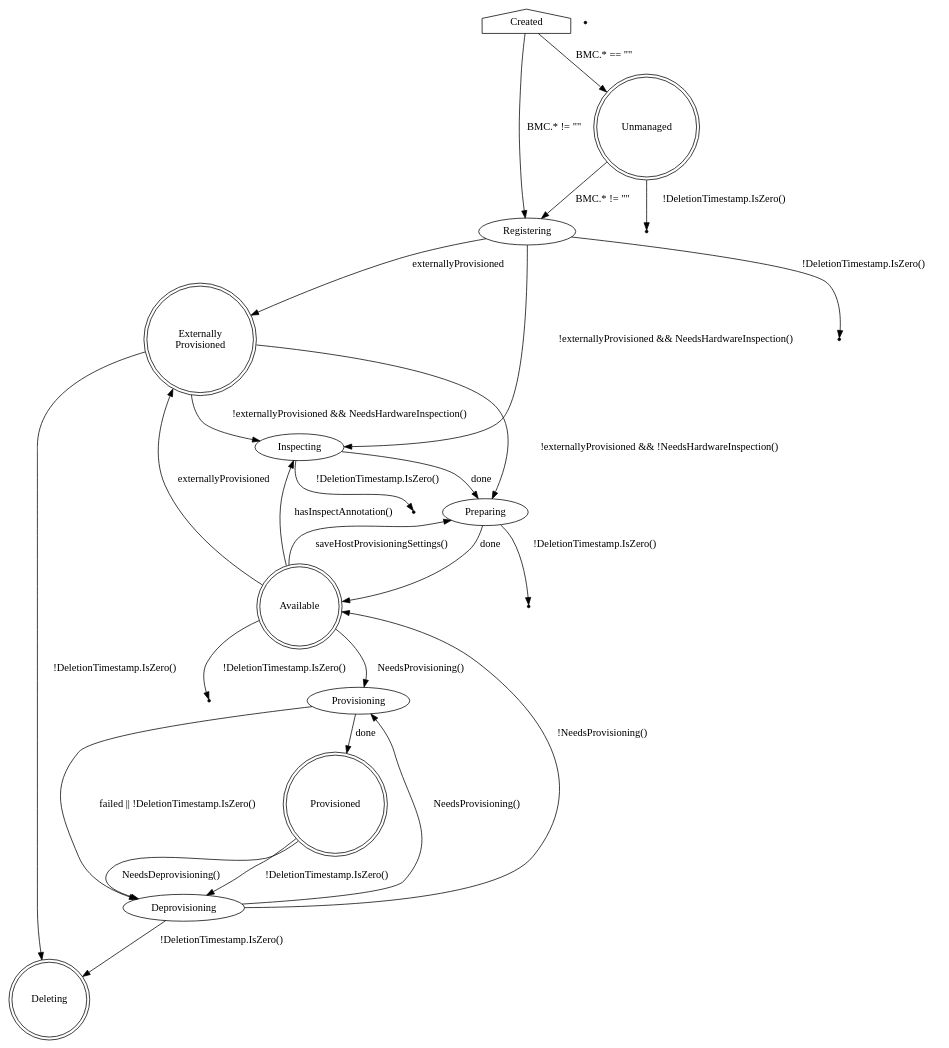
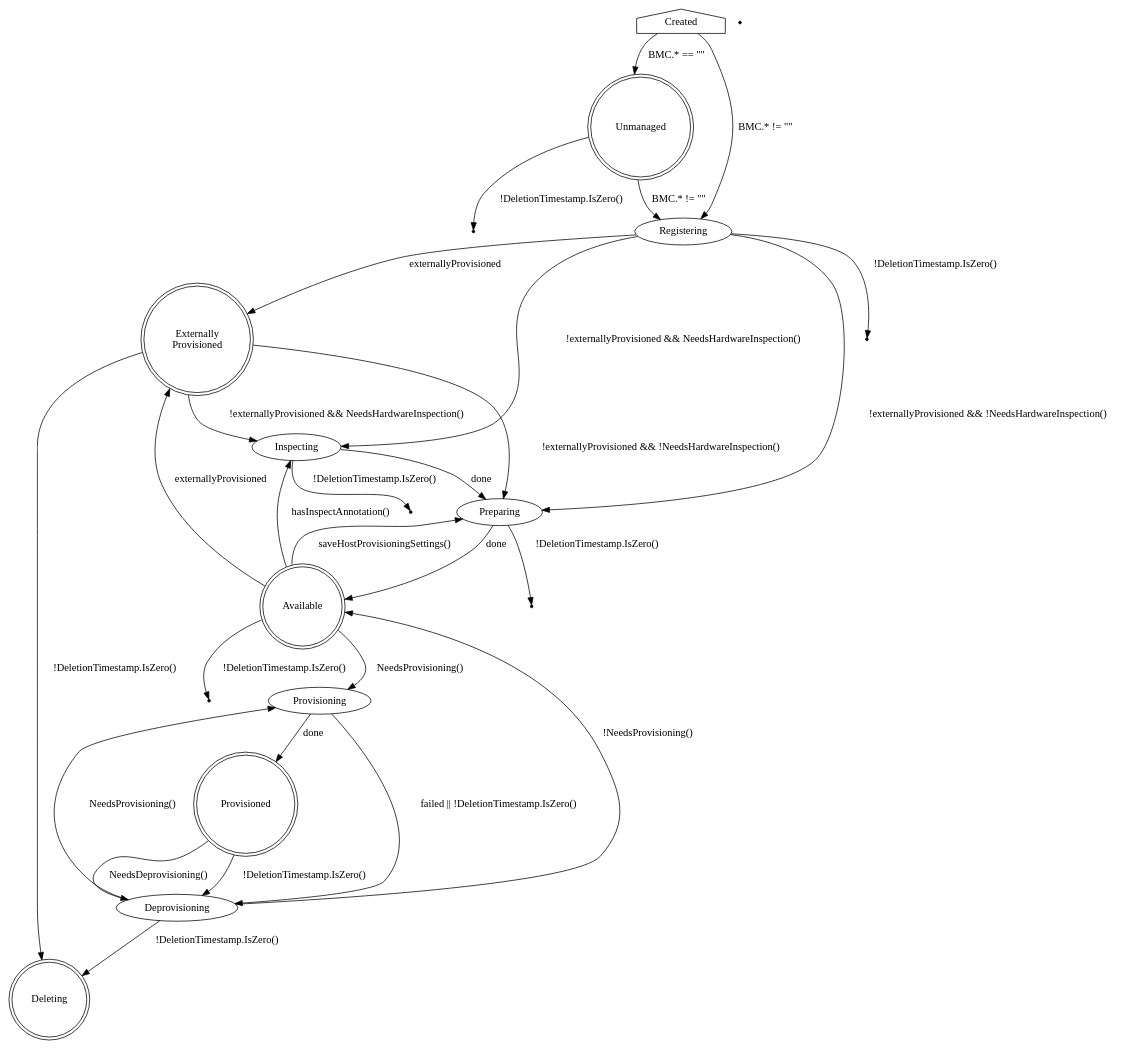
The diagram in docs/BaremetalHost_ProvisioningState.dot (metal3-io/baremetal-operator), drawn with Graphviz before and after one commit. The commit also changed 3 other files, not shown here.

```diff
--- a/docs/BaremetalHost_ProvisioningState.dot
+++ b/docs/BaremetalHost_ProvisioningState.dot
@@ -1,59 +1,60 @@
 digraph BaremetalHost {
     Created [shape=house]
     Created -> Unmanaged [label="BMC.* == \"\""]
     Created -> Registering [label="BMC.* != \"\""]
 
     Unmanaged [shape=doublecircle]
     Unmanaged -> Registering [label="BMC.* != \"\""]
     Unmanaged -> Deleting1 [label="!DeletionTimestamp.IsZero()"]
 
     Deleting1 [shape=point]
 
     ExternallyProvisioned [label="Externally\nProvisioned"]
 
     Registering -> Inspecting [label="!externallyProvisioned && NeedsHardwareInspection()"]
+    Registering -> Preparing [label="!externallyProvisioned && !NeedsHardwareInspection()"]
     Registering -> ExternallyProvisioned [label="externallyProvisioned"]
     Registering -> Deleting2 [label="!DeletionTimestamp.IsZero()"]
 
     Deleting2 [shape=point]
 
     ExternallyProvisioned -> Inspecting [label="!externallyProvisioned && NeedsHardwareInspection()"]
     ExternallyProvisioned -> Preparing [label="!externallyProvisioned && !NeedsHardwareInspection()"]
     Available -> ExternallyProvisioned [label="externallyProvisioned"]
 
     Inspecting -> Preparing [label="done"]
     Inspecting -> Deleting3 [label="!DeletionTimestamp.IsZero()"]
 
     Deleting3 [shape=point]
 
     Deleting5 [shape=point]
 
     Preparing -> Available [label="done"]
     Preparing -> Deleting6 [label="!DeletionTimestamp.IsZero()"]
 
     Deleting6 [shape=point]
 
     Available [shape=doublecircle]
     Available -> Provisioning [label="NeedsProvisioning()"]
     Available -> Preparing [label="saveHostProvisioningSettings()"]
     Available -> Deleting7 [label="!DeletionTimestamp.IsZero()"]
     Available -> Inspecting [label="hasInspectAnnotation()"]
 
     Deleting7 [shape=point]
 
     Provisioning -> Provisioned [label=done]
     Provisioning -> Deprovisioning [label="failed || !DeletionTimestamp.IsZero()"]
 
     Provisioned [shape=doublecircle]
     Provisioned -> Deprovisioning [label="NeedsDeprovisioning()"]
     Provisioned -> Deprovisioning [label="!DeletionTimestamp.IsZero()"]
 
     ExternallyProvisioned [shape=doublecircle]
     ExternallyProvisioned -> Deleting [label="!DeletionTimestamp.IsZero()"]
 
     Deprovisioning -> Provisioning [label="NeedsProvisioning()"]
     Deprovisioning -> Available [label="!NeedsProvisioning()"]
     Deprovisioning -> Deleting [label="!DeletionTimestamp.IsZero()"]
 
     Deleting [shape=doublecircle]
 }
```
